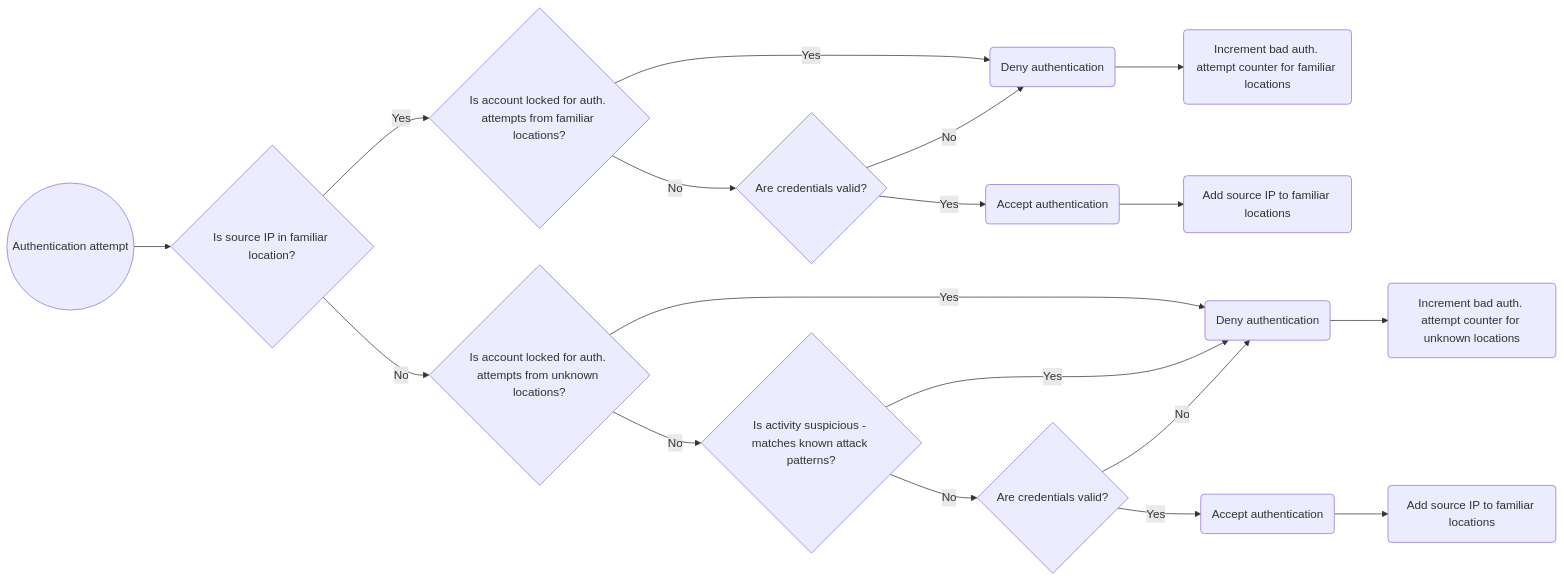
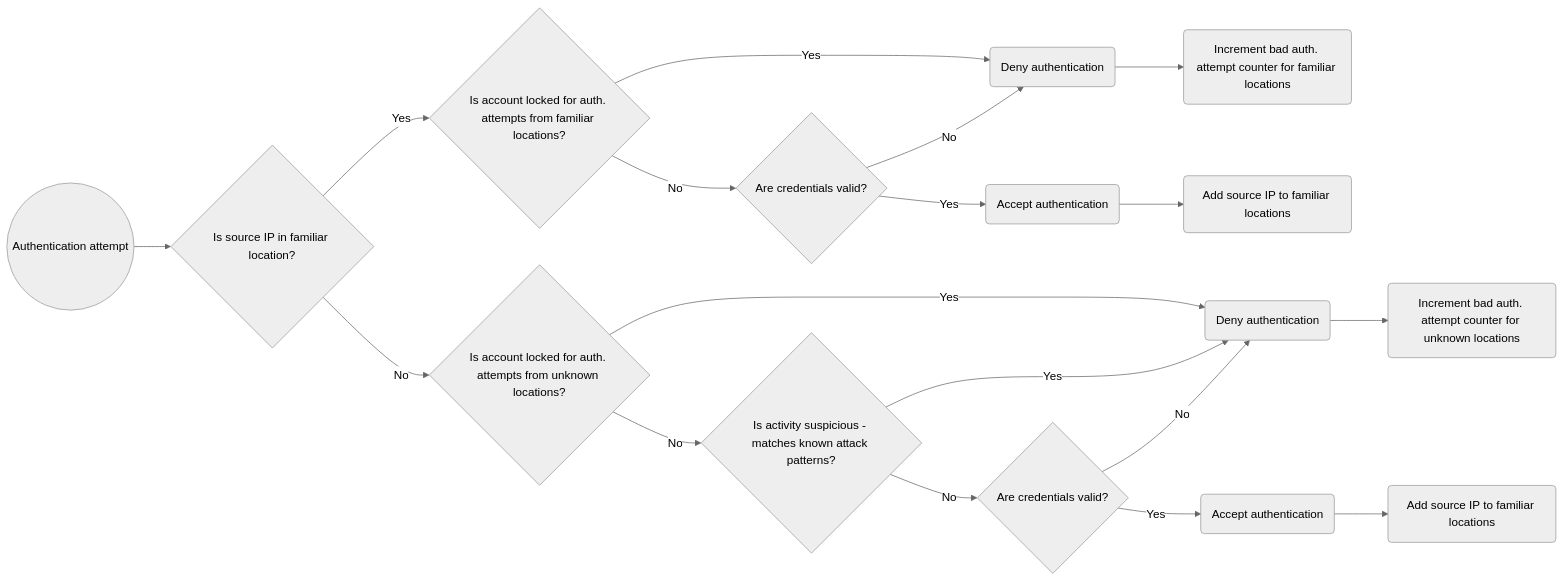
The diagram in _posts/2024-11-24-Entra-ID-Smart-Lockout.md (lucas-ko/lucas-ko.github.io), drawn with Mermaid before and after one commit.

````diff
--- a/_posts/2024-11-24-Entra-ID-Smart-Lockout.md
+++ b/_posts/2024-11-24-Entra-ID-Smart-Lockout.md
@@ -33,35 +33,36 @@
 ```mermaid
+%%{init: {'theme':'neutral'}}%%
 flowchart LR
     Start@{ shape: circle, label: "Authentication attempt" }
     Is_IPFamiliar@{ shape: diamond, label: "Is source IP in familiar location?" }
     Fam_Is_AccountLocked@{ shape: diamond, label: "Is account locked for auth. attempts from familiar locations?" }
     Unfam_Is_AccountLocked@{ shape: diamond, label: "Is account locked for auth. attempts from unknown locations?" }
     Fam_Deny@{ shape: rounded, label: "Deny authentication" }
     Unfam_Deny@{ shape: rounded, label: "Deny authentication" }
     Unfam_CredsOK@{ shape: diamond, label: "Are credentials valid?" }
     Fam_CredsOK@{ shape: diamond, label: "Are credentials valid?" }
     Fam_AllowAuth@{ shape: rounded, label: "Accept authentication" }
     Unfam_AllowAuth@{ shape: rounded, label: "Accept authentication" }
     Fam_AddIP@{ shape: rounded, label: "Add source IP to familiar locations" }
     Unfam_AddIP@{ shape: rounded, label: "Add source IP to familiar locations" }
     Fam_IncrementCounter@{ shape: rounded, label: "Increment bad auth. attempt counter for familiar locations" }
     Unfam_IncrementCounter@{ shape: rounded, label: "Increment bad auth. attempt counter for unknown locations" }
     Unfam_Is_Suspicious@{ shape: diamond, label: "Is activity suspicious - matches known attack patterns?" }
 Start --> Is_IPFamiliar
 Is_IPFamiliar-->|Yes|Fam_Is_AccountLocked
 Is_IPFamiliar-->|No|Unfam_Is_AccountLocked
 Fam_Is_AccountLocked-->|Yes|Fam_Deny
 Fam_Is_AccountLocked-->|No|Fam_CredsOK
 Fam_CredsOK-->|No|Fam_Deny
 Fam_CredsOK-->|Yes|Fam_AllowAuth
 Fam_AllowAuth-->Fam_AddIP
 Fam_Deny-->Fam_IncrementCounter
 Unfam_Is_AccountLocked-->|Yes|Unfam_Deny
 Unfam_Is_AccountLocked-->|No|Unfam_Is_Suspicious
 Unfam_Is_Suspicious-->|Yes|Unfam_Deny
 Unfam_Is_Suspicious-->|No|Unfam_CredsOK
 Unfam_CredsOK-->|No|Unfam_Deny
 Unfam_CredsOK-->|Yes|Unfam_AllowAuth
 Unfam_AllowAuth-->Unfam_AddIP
 Unfam_Deny-->Unfam_IncrementCounter
 ```
````
